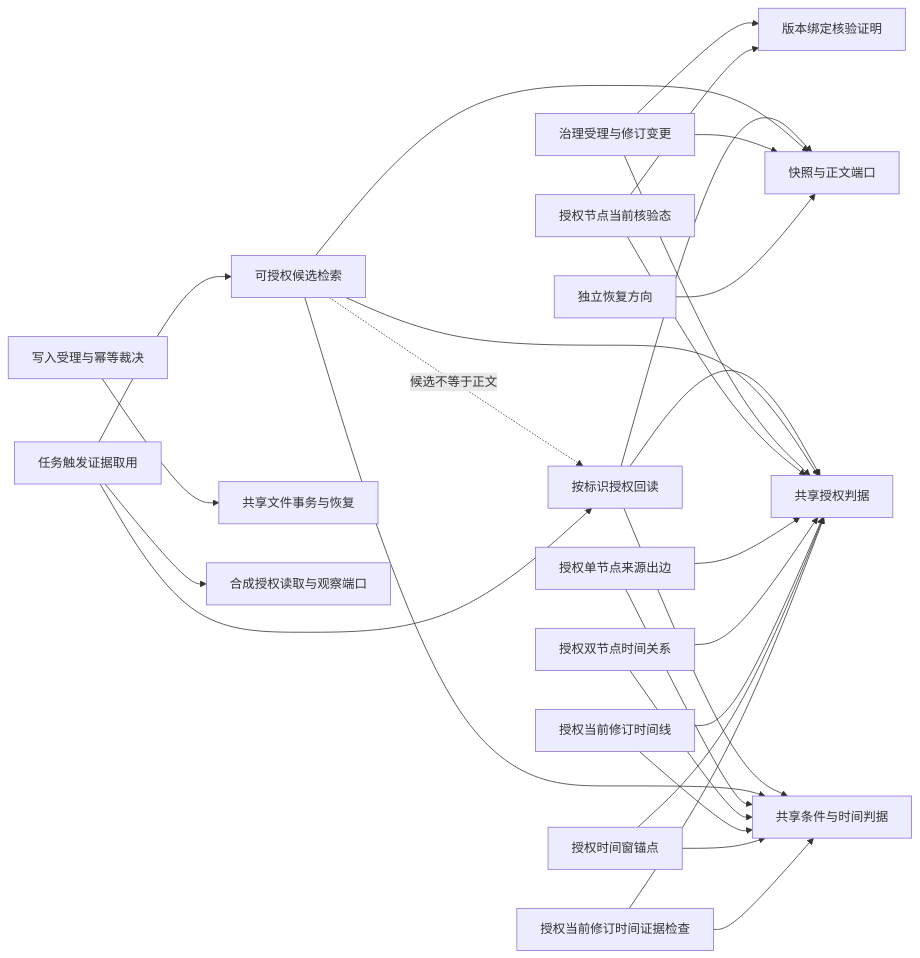
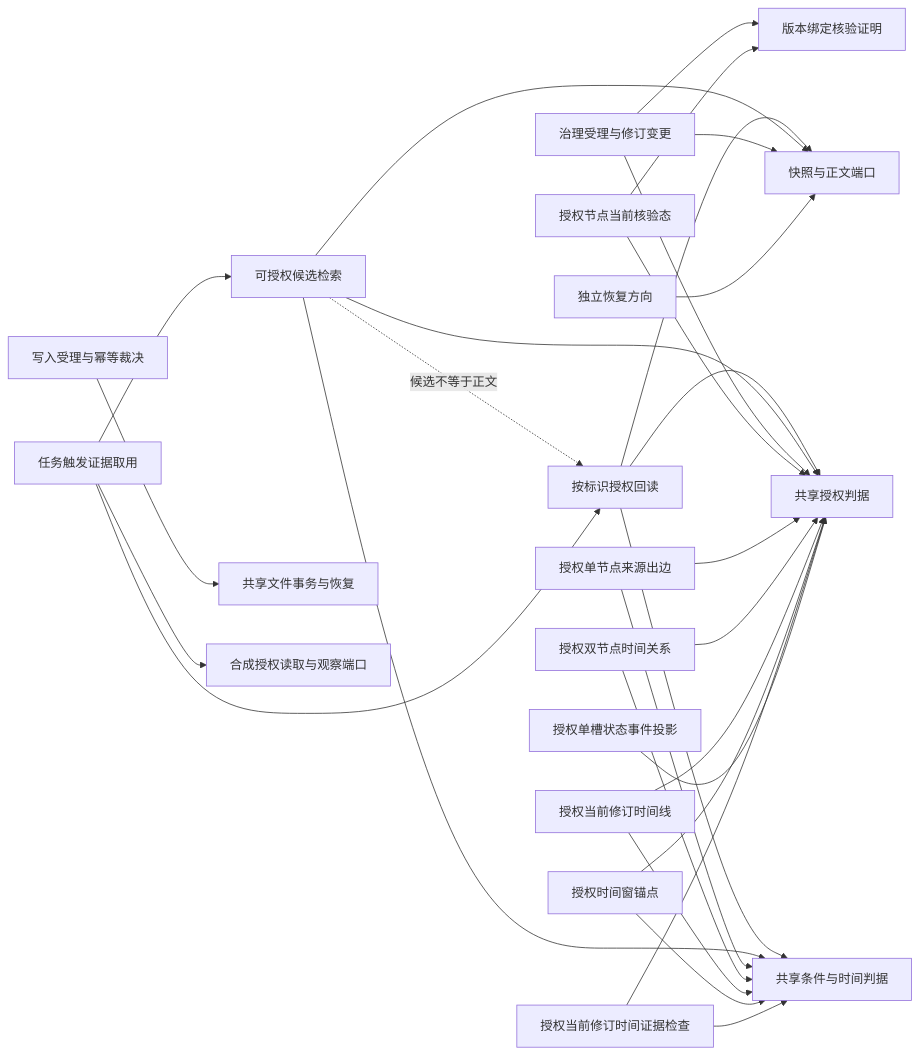
One commit to FuRongJun-1999/dsh-lingshu-memory changed the diagram in docs/CAPABILITY_GRAPH.md. Above: the diagram before and after it, drawn with Mermaid. The commit also changed other lines of this file and 11 other files, not shown here.

```diff
--- a/docs/CAPABILITY_GRAPH.md
+++ b/docs/CAPABILITY_GRAPH.md
@@ -5,30 +5,31 @@
 ~~~mermaid
 graph LR
   G[按标识授权回读] --> A[共享授权判据]
   G --> T[共享条件与时间判据]
   G --> S[快照与正文端口]
   Q[可授权候选检索] --> A
   Q --> T
   Q --> S
   Q -. 候选不等于正文 .-> G
   W[写入受理与幂等裁决] --> X[共享文件事务与恢复]
   R[治理受理与修订变更] --> S
   R --> A
   R --> V[版本绑定核验证明]
   K[授权节点当前核验态] --> V
   K --> A
   E[授权单节点来源出边] --> A
   E --> T
   Z[授权双节点时间关系] --> T
   Z --> A
   L[授权当前修订时间线] --> T
   L --> A
   WN[授权时间窗锚点] --> T
   WN --> A
   TC[授权当前修订时间证据检查] --> T
   TC --> A
+  SC[授权单槽状态事件投影] --> A
   P[独立恢复方向] --> S
   C[任务触发证据取用] --> O[合成授权读取与观察端口]
   C --> G
   C --> Q
 ~~~
```
